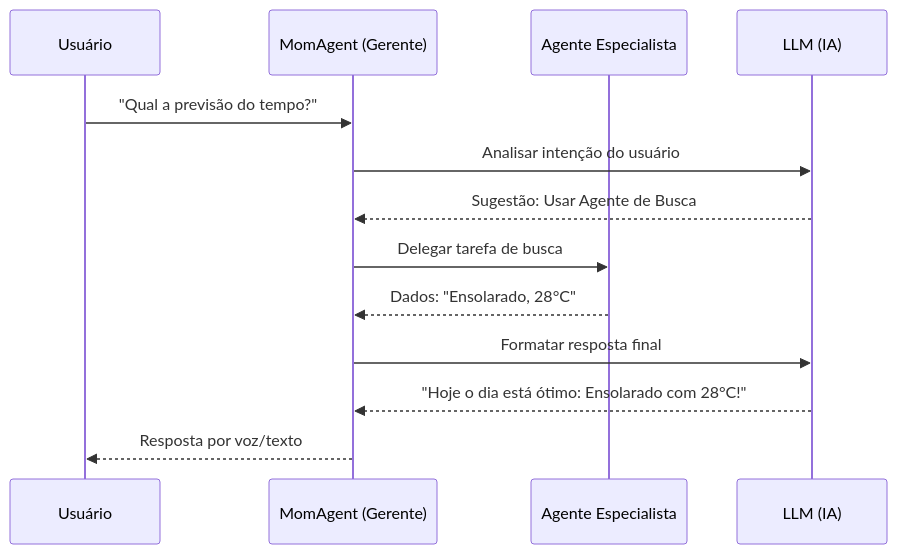
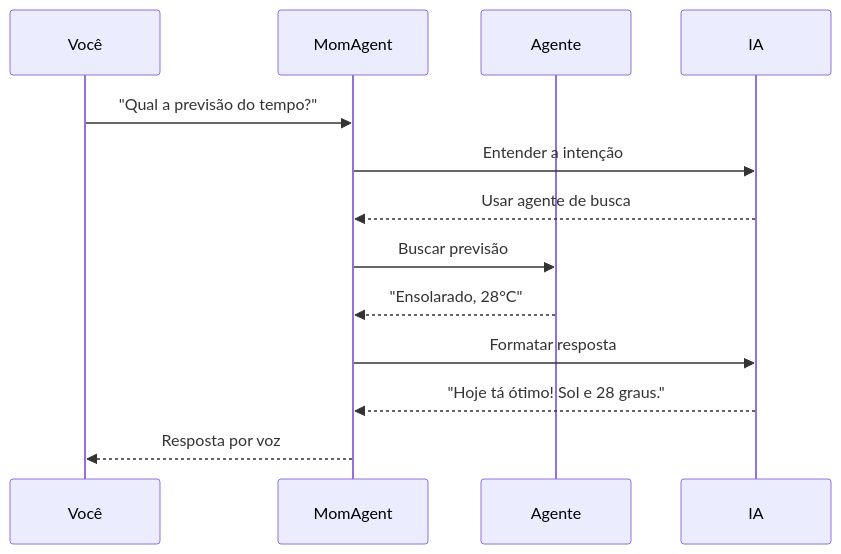
Before and after one commit to WesleyQDev/momai-whatsapp-extension: the first of 2 diagrams in apps/docs/pt-BR/por-que-momai.mdx, drawn with Mermaid. The commit also changed other lines of this file and 8 other files, not shown here.

````diff
--- a/apps/docs/pt-BR/por-que-momai.mdx
+++ b/apps/docs/pt-BR/por-que-momai.mdx
@@ -53,16 +45,16 @@
 ```mermaid
 sequenceDiagram
-    participant U as Usuário
-    participant M as MomAgent (Gerente)
-    participant A as Agente Especialista
-    participant L as LLM (IA)
+    participant Você
+    participant MomAgent
+    participant Agente
+    participant IA
 
-    U->>M: "Qual a previsão do tempo?"
-    M->>L: Analisar intenção do usuário
-    L-->>M: Sugestão: Usar Agente de Busca
-    M->>A: Delegar tarefa de busca
-    A-->>M: Dados: "Ensolarado, 28°C"
-    M->>L: Formatar resposta final
-    L-->>M: "Hoje o dia está ótimo: Ensolarado com 28°C!"
-    M-->>U: Resposta por voz/texto
+    Você->>MomAgent: "Qual a previsão do tempo?"
+    MomAgent->>IA: Entender a intenção
+    IA-->>MomAgent: Usar agente de busca
+    MomAgent->>Agente: Buscar previsão
+    Agente-->>MomAgent: "Ensolarado, 28°C"
+    MomAgent->>IA: Formatar resposta
+    IA-->>MomAgent: "Hoje tá ótimo! Sol e 28 graus."
+    MomAgent-->>Você: Resposta por voz
 ```
````
